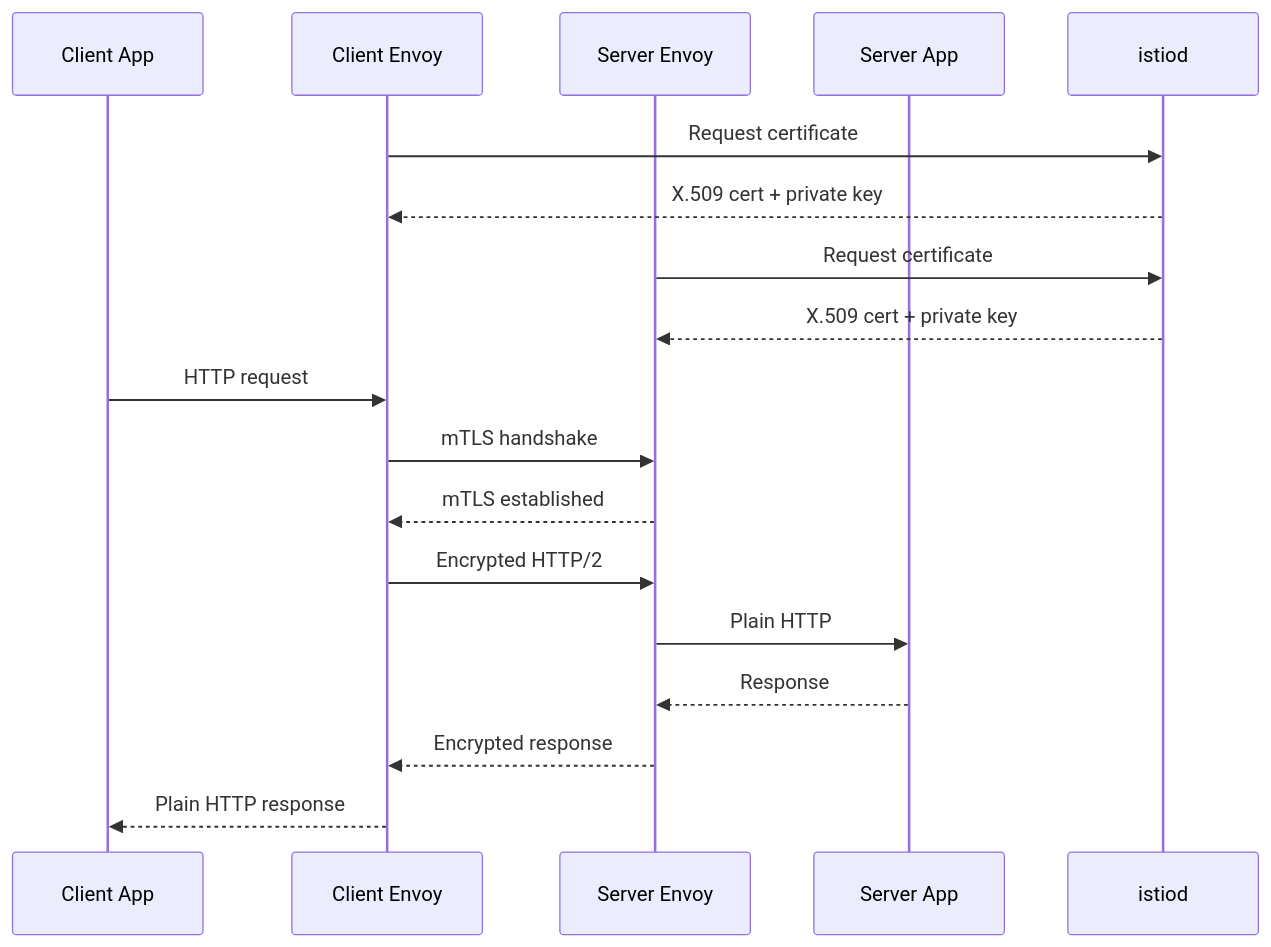
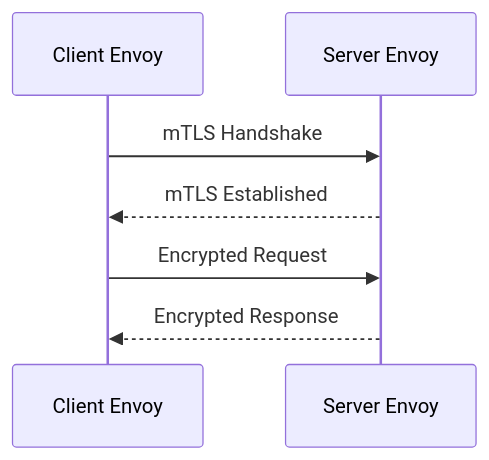
The fifth of 5 diagrams in Istio/01_Istio_Theory_Guide.md (sandeep-1010-cool/NTT_DATA), drawn with Mermaid before and after one commit. The commit also changed other lines of this file, not shown here.

````diff
--- a/Istio/01_Istio_Theory_Guide.md
+++ b/Istio/01_Istio_Theory_Guide.md
@@ -524,23 +141,9 @@
 ```mermaid
 sequenceDiagram
-    participant ClientApp as Client App
-    participant ClientEnvoy as Client Envoy
-    participant ServerEnvoy as Server Envoy
-    participant ServerApp as Server App
-    participant istiod
-    
-    ClientEnvoy->>istiod: Request certificate
-    istiod-->>ClientEnvoy: X.509 cert + private key
-    
-    ServerEnvoy->>istiod: Request certificate
-    istiod-->>ServerEnvoy: X.509 cert + private key
-    
-    ClientApp->>ClientEnvoy: HTTP request
-    ClientEnvoy->>ServerEnvoy: mTLS handshake
-    ServerEnvoy-->>ClientEnvoy: mTLS established
-    ClientEnvoy->>ServerEnvoy: Encrypted HTTP/2
-    ServerEnvoy->>ServerApp: Plain HTTP
-    ServerApp-->>ServerEnvoy: Response
-    ServerEnvoy-->>ClientEnvoy: Encrypted response
-    ClientEnvoy-->>ClientApp: Plain HTTP response
+    participant Client as Client Envoy
+    participant Server as Server Envoy
+    Client->>Server: mTLS Handshake
+    Server-->>Client: mTLS Established
+    Client->>Server: Encrypted Request
+    Server-->>Client: Encrypted Response
 ```
````
